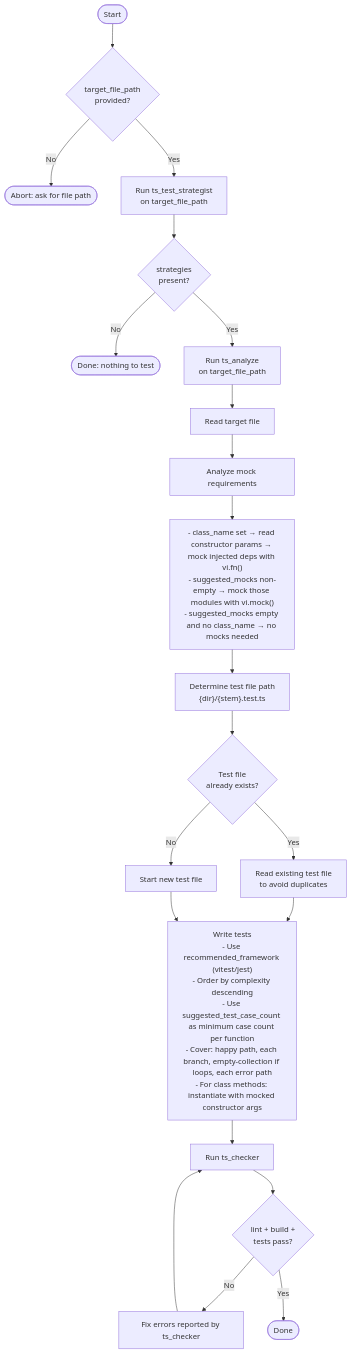
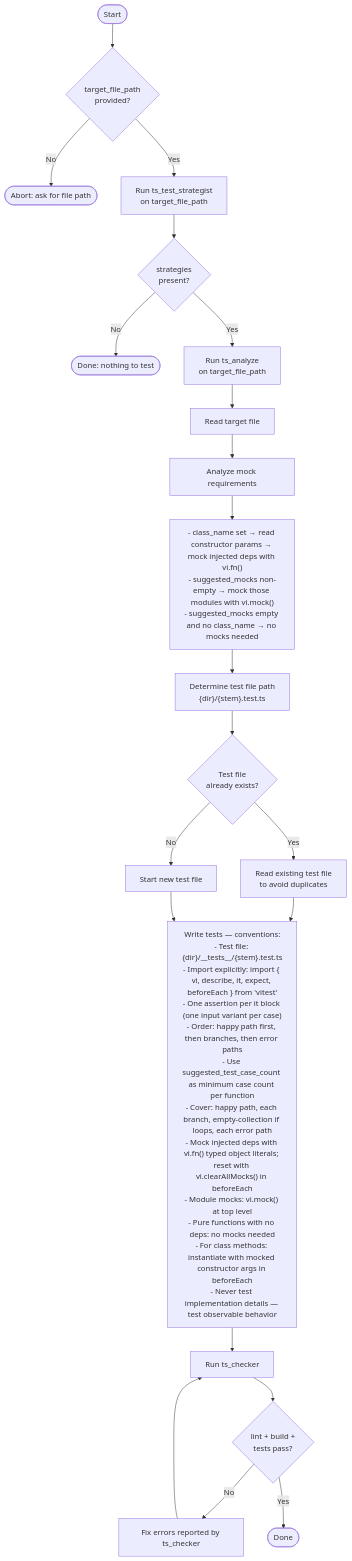
Before and after one commit to s-age/perclst: the diagram in procedures/implement-unit-test.md, drawn with Mermaid. The commit also changed 1 other file, not shown here.

Commit message:
docs(procedures): add test writing conventions to implement-unit-test procedure

````diff
--- a/procedures/implement-unit-test.md
+++ b/procedures/implement-unit-test.md
@@ -5,31 +5,31 @@
 ```mermaid
 flowchart TD
     Start([Start]) --> Check{target_file_path\nprovided?}
     Check -- No --> Abort([Abort: ask for file path])
     Check -- Yes --> Strategy[Run ts_test_strategist\non target_file_path]
 
     Strategy --> HasFunctions{strategies\npresent?}
     HasFunctions -- No --> Done([Done: nothing to test])
     HasFunctions -- Yes --> Analyze[Run ts_analyze\non target_file_path]
 
     Analyze --> ReadCode[Read target file]
 
     ReadCode --> AnalyzeMocks[Analyze mock requirements]
     AnalyzeMocks --> MockNote["- class_name set → read constructor params → mock injected deps with vi.fn()\n- suggested_mocks non-empty → mock those modules with vi.mock()\n- suggested_mocks empty and no class_name → no mocks needed"]
 
     MockNote --> DetermineTestFile["Determine test file path\n{dir}/{stem}.test.ts"]
     DetermineTestFile --> TestFileExists{Test file\nalready exists?}
     TestFileExists -- Yes --> ReadTestFile[Read existing test file\nto avoid duplicates]
     TestFileExists -- No --> StartFresh[Start new test file]
 
     ReadTestFile --> WriteTests
     StartFresh --> WriteTests
 
-    WriteTests["Write tests\n- Use recommended_framework (vitest/jest)\n- Order by complexity descending\n- Use suggested_test_case_count as minimum case count per function\n- Cover: happy path, each branch, empty-collection if loops, each error path\n- For class methods: instantiate with mocked constructor args"]
+    WriteTests["Write tests — conventions:\n- Test file: {dir}/__tests__/{stem}.test.ts\n- Import explicitly: import { vi, describe, it, expect, beforeEach } from 'vitest'\n- One assertion per it block (one input variant per case)\n- Order: happy path first, then branches, then error paths\n- Use suggested_test_case_count as minimum case count per function\n- Cover: happy path, each branch, empty-collection if loops, each error path\n- Mock injected deps with vi.fn() typed object literals; reset with vi.clearAllMocks() in beforeEach\n- Module mocks: vi.mock() at top level\n- Pure functions with no deps: no mocks needed\n- For class methods: instantiate with mocked constructor args in beforeEach\n- Never test implementation details — test observable behavior"]
 
     WriteTests --> RunChecker[Run ts_checker]
     RunChecker --> AllPass{lint + build +\ntests pass?}
     AllPass -- No --> Fix[Fix errors reported by ts_checker]
     Fix --> RunChecker
     AllPass -- Yes --> Done2([Done])
 ```
````
